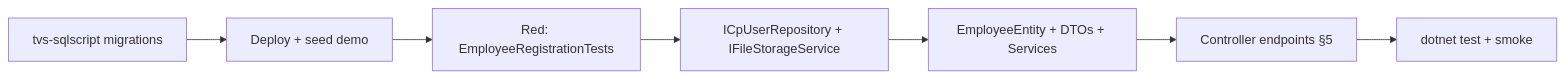
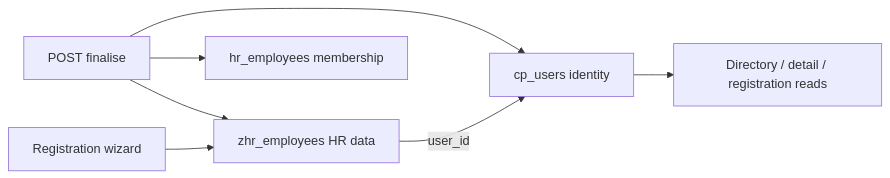
One commit to deladetech1/tvs-zeloshr-admin-bk changed the diagram in docs/SPRINT_AUDIT.md. Above: the diagram before and after it, drawn with Mermaid. The commit also changed other lines of this file and 41 other files, not shown here.

First line of the commit message:
feat(employees): Trove standard headers and cp_users-first registration

````diff
--- a/docs/SPRINT_AUDIT.md
+++ b/docs/SPRINT_AUDIT.md
@@ -197,9 +56,9 @@
 ```mermaid
 flowchart LR
-  A[tvs-sqlscript migrations] --> B[Deploy + seed demo]
-  B --> C[Red: EmployeeRegistrationTests]
-  C --> D[ICpUserRepository + IFileStorageService]
-  D --> E[EmployeeEntity + DTOs + Services]
-  E --> F[Controller endpoints §5]
-  F --> G[dotnet test + smoke]
+  Wizard[Registration wizard] --> Zhr[zhr_employees HR data]
+  Finalise[POST finalise] --> Cp[cp_users identity]
+  Finalise --> Hr[hr_employees membership]
+  Finalise --> Zhr
+  Cp --> Reads[Directory / detail / registration reads]
+  Zhr -->|user_id| Cp
 ```
````
